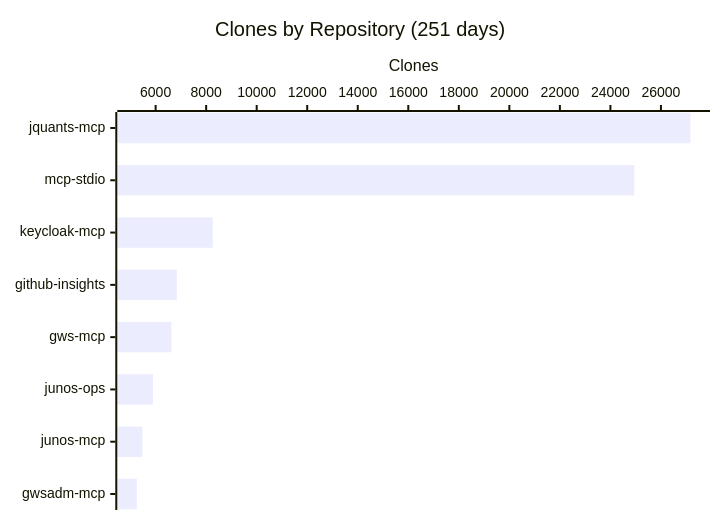
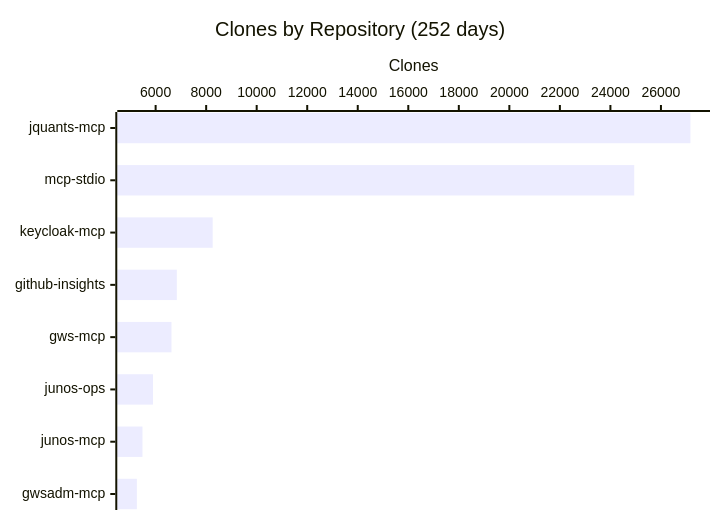
One commit to shigechika/github-insights changed the fourth of 4 diagrams in README.md. Above: the diagram before and after it, drawn with Mermaid. The commit also changed other lines of this file and 1 other file, not shown here.

````diff
--- a/README.md
+++ b/README.md
@@ -58,7 +58,7 @@
 ```mermaid
 xychart-beta horizontal
-    title "Clones by Repository (251 days)"
+    title "Clones by Repository (252 days)"
     x-axis ["jquants-mcp", "mcp-stdio", "keycloak-mcp", "github-insights", "gws-mcp", "junos-ops", "junos-mcp", "gwsadm-mcp"]
     y-axis "Clones"
     bar [27167, 24943, 8258, 6839, 6627, 5894, 5480, 5257]
 ```
````
